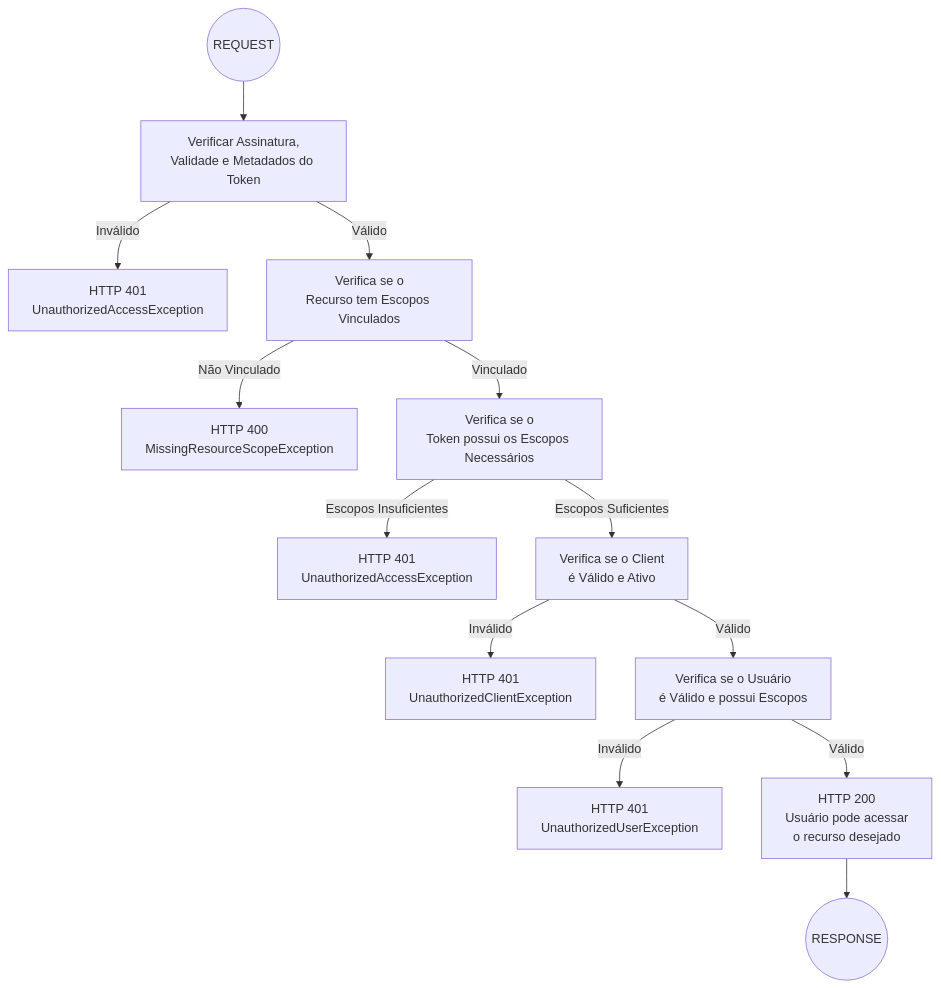
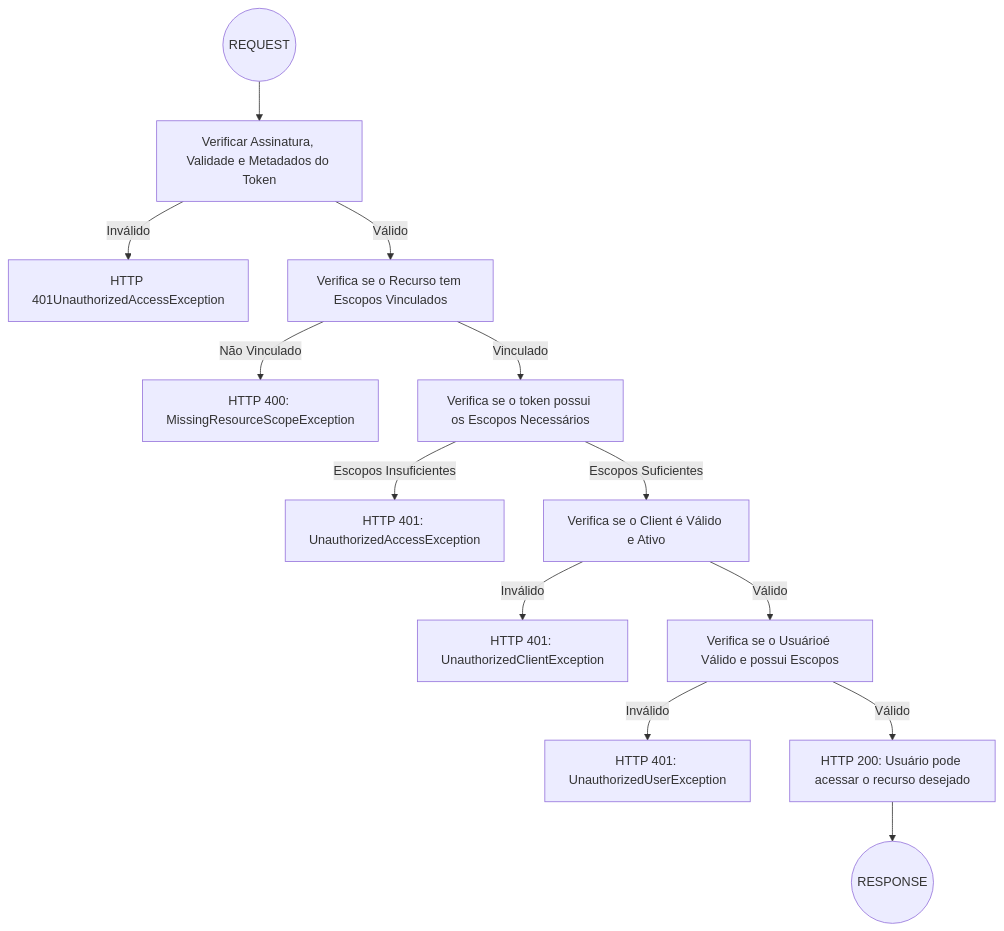
One commit to JotJunior/hf-shield changed the second of 2 diagrams in README.md. Above: the diagram before and after it, drawn with Mermaid. The commit also changed other lines of this file, not shown here.

Commit message:
Removing breaklines from mermaid charts

````diff
--- a/README.md
+++ b/README.md
@@ -189,29 +189,29 @@
 ```mermaid
 flowchart TD
     start((REQUEST))
-    validateToken[Verificar Assinatura,\nValidade e Metadados do Token]
-    invalidToken[HTTP 401\nUnauthorizedAccessException]
-    checkResourceScopes[Verifica se o\nRecurso tem Escopos Vinculados]
-    missingResourceScope[HTTP 400\nMissingResourceScopeException]
-    checkTokenScopes[Verifica se o\nToken possui os Escopos Necessários]
-    unauthorizedToken[HTTP 401\nUnauthorizedAccessException]
-    validateClient[Verifica se o Client\né Válido e Ativo]
-    invalidClient[HTTP 401\nUnauthorizedClientException]
-    validateUser[Verifica se o Usuário\né Válido e possui Escopos]
-    unauthorizedUser[HTTP 401\nUnauthorizedUserException]
-    success[HTTP 200\nUsuário pode acessar\n o recurso desejado]
+    validateToken[Verificar Assinatura, Validade e Metadados do Token]
+    invalidToken[HTTP 401UnauthorizedAccessException]
+    checkResourceScopes[Verifica se o Recurso tem Escopos Vinculados]
+    missingResourceScope[HTTP 400: MissingResourceScopeException]
+    checkTokenScopes[Verifica se o token possui os Escopos Necessários]
+    unauthorizedToken[HTTP 401: UnauthorizedAccessException]
+    validateClient[Verifica se o Client é Válido e Ativo]
+    invalidClient[HTTP 401: UnauthorizedClientException]
+    validateUser[Verifica se o Usuárioé Válido e possui Escopos]
+    unauthorizedUser[HTTP 401: UnauthorizedUserException]
+    success[HTTP 200: Usuário pode acessar o recurso desejado]
     response((RESPONSE))
 %% Fluxo principal
     start --> validateToken
     validateToken -->|Válido| checkResourceScopes
     validateToken -->|Inválido| invalidToken
     checkResourceScopes -->|Vinculado| checkTokenScopes
     checkResourceScopes -->|Não Vinculado| missingResourceScope
     checkTokenScopes -->|Escopos Suficientes| validateClient
     checkTokenScopes -->|Escopos Insuficientes| unauthorizedToken
     validateClient -->|Válido| validateUser
     validateClient -->|Inválido| invalidClient
     validateUser -->|Inválido| unauthorizedUser
     validateUser -->|Válido| success
     success --> response
 ```
````
